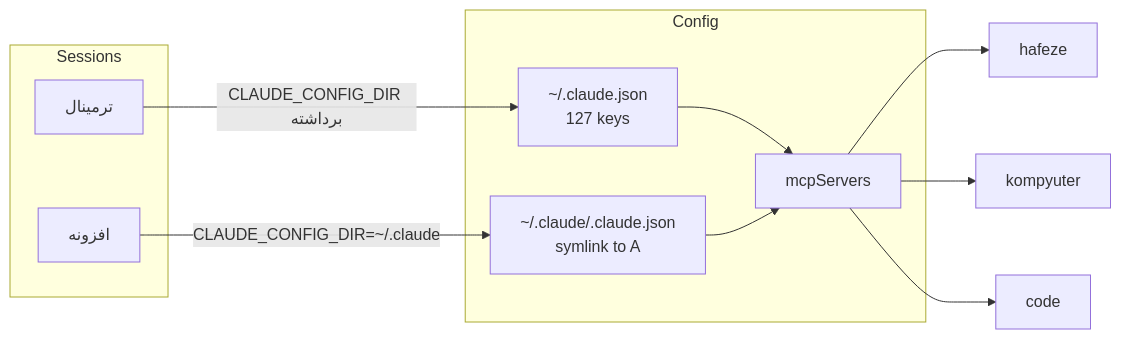
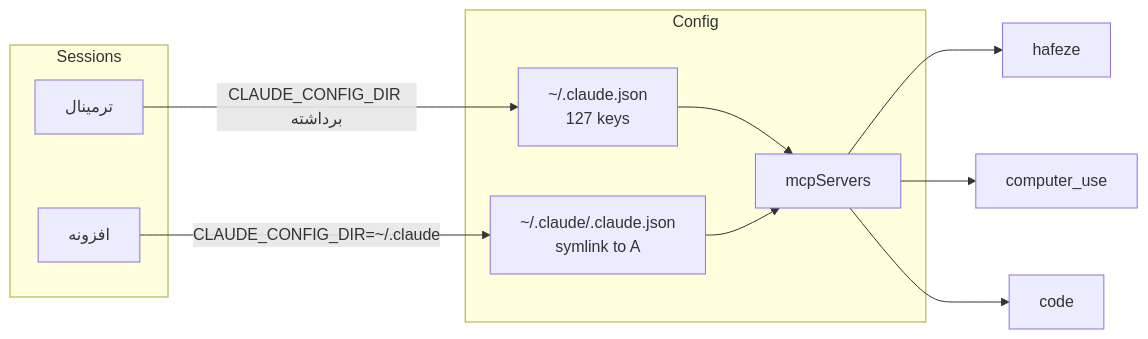
Before and after one commit to habibhmt/claude-code-vscode-extension-rtl: the diagram in Doc/nemoodar/01-memari-mcp.mmd, drawn with Mermaid. The commit also changed 6 other files, not shown here.

First line of the commit message:
fix(136): نامِ سرورِ کامپیوتر-یوز از kompyuter به computer_use

```diff
--- a/Doc/nemoodar/01-memari-mcp.mmd
+++ b/Doc/nemoodar/01-memari-mcp.mmd
@@ -1,12 +1,12 @@
 flowchart LR
   subgraph Config
     A[~/.claude.json<br/>127 keys] --> S[mcpServers]
     B[~/.claude/.claude.json<br/>symlink to A] --> S
   end
   S --> M1[hafeze]
-  S --> M2[kompyuter]
+  S --> M2[computer_use]
   S --> M3[code]
   subgraph Sessions
     T[ترمینال] -->|CLAUDE_CONFIG_DIR برداشته| A
     V[افزونه] -->|CLAUDE_CONFIG_DIR=~/.claude| B
   end
```
